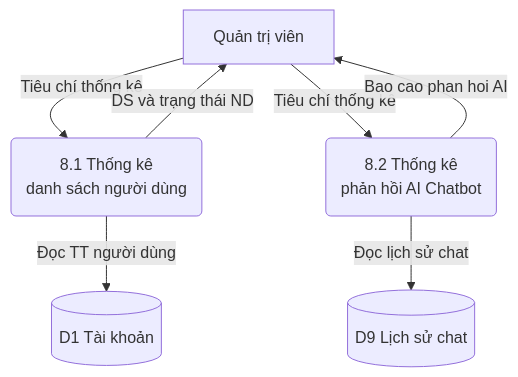
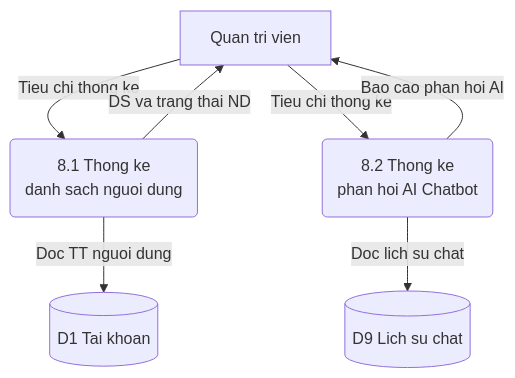
One commit to Hieu-vn/Graduation-Thesis changed the tenth of 10 diagrams in DFD_Diagrams.md. Above: the diagram before and after it, drawn with Mermaid. The commit also changed other lines of this file, not shown here.

Commit message:
docs: Update DFD diagrams.

````diff
--- a/DFD_Diagrams.md
+++ b/DFD_Diagrams.md
@@ -508,17 +508,17 @@
 ```mermaid
 flowchart TB
-    QT["Quản trị viên"]
-    D1[("D1 Tài khoản")]
-    D9[("D9 Lịch sử chat")]
+    QT["Quan tri vien"]
+    D1[("D1 Tai khoan")]
+    D9[("D9 Lich su chat")]
 
-    P81("8.1 Thống kê\ndanh sách người dùng")
-    P82("8.2 Thống kê\nphản hồi AI Chatbot")
+    P81("8.1 Thong ke\ndanh sach nguoi dung")
+    P82("8.2 Thong ke\nphan hoi AI Chatbot")
 
-    QT -->|"Tiêu chí thống kê"| P81
-    P81 -->|"Đọc TT người dùng"| D1
-    P81 -->|"DS và trạng thái ND"| QT
+    QT -->|"Tieu chi thong ke"| P81
+    P81 -->|"Doc TT nguoi dung"| D1
+    P81 -->|"DS va trang thai ND"| QT
 
-    QT -->|"Tiêu chí thống kê"| P82
-    P82 -->|"Đọc lịch sử chat"| D9
+    QT -->|"Tieu chi thong ke"| P82
+    P82 -->|"Doc lich su chat"| D9
     P82 -->|"Bao cao phan hoi AI"| QT
 ```
````
